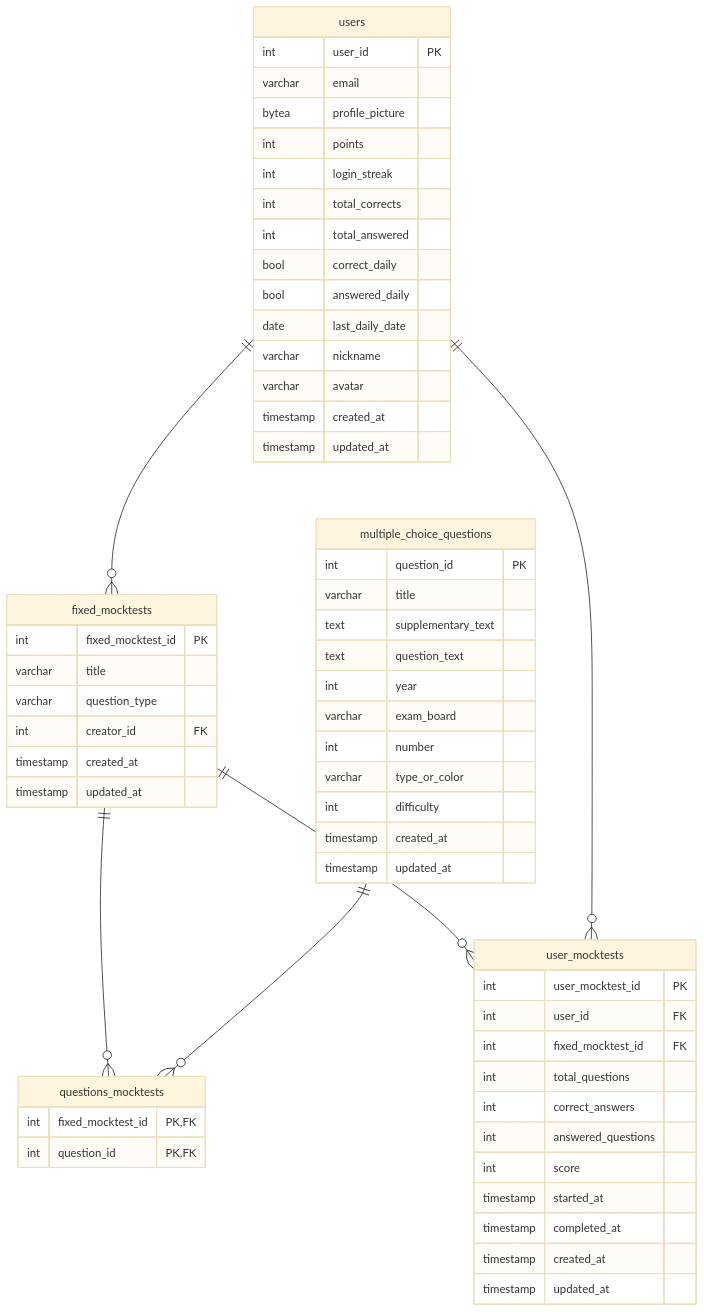
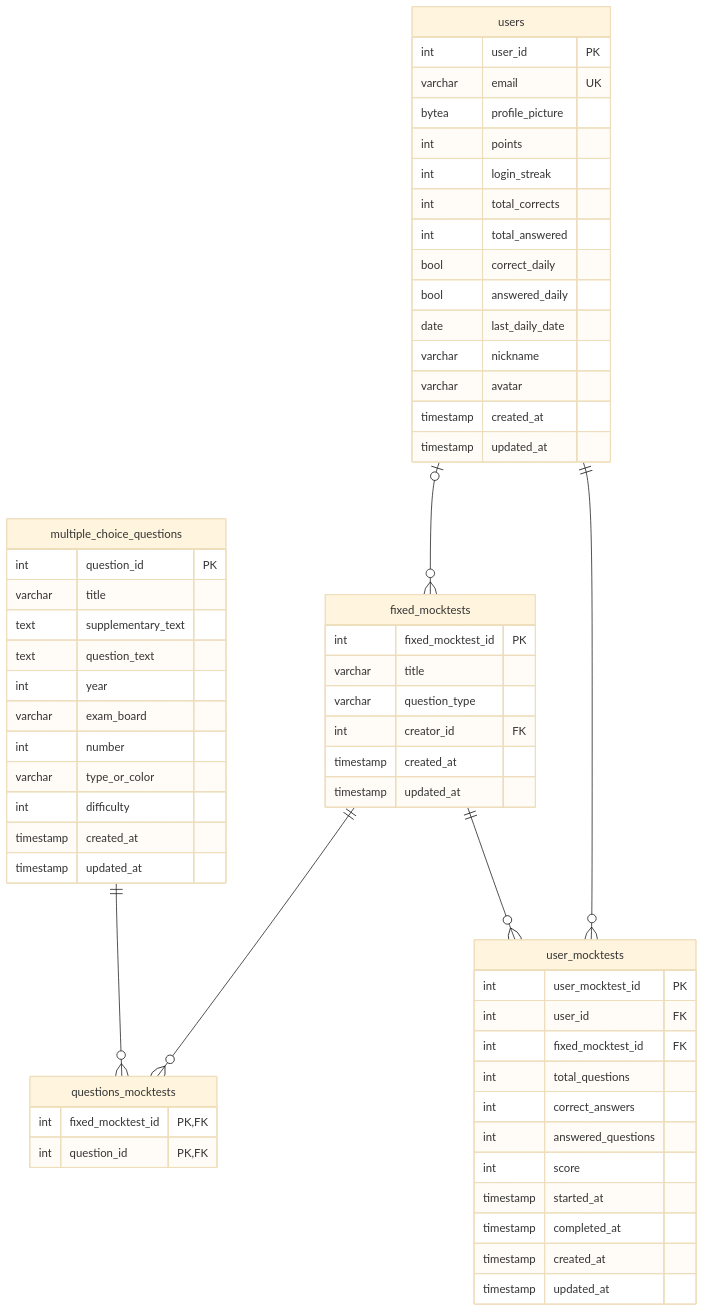
Before and after one commit to IthaloCavalcante/ifvest-docs: the fifth of 9 diagrams in docs/modelo-de-dados.md, drawn with Mermaid (base theme). The commit also changed other lines of this file and 17 other files, not shown here.

````diff
--- a/docs/modelo-de-dados.md
+++ b/docs/modelo-de-dados.md
@@ -165,62 +170,62 @@
 ```mermaid
 erDiagram
     fixed_mocktests {
         int fixed_mocktest_id PK
         varchar title
         varchar question_type
         int creator_id FK
         timestamp created_at
         timestamp updated_at
     }
     multiple_choice_questions {
         int question_id PK
         varchar title
         text supplementary_text
         text question_text
         int year
         varchar exam_board
         int number
         varchar type_or_color
         int difficulty
         timestamp created_at
         timestamp updated_at
     }
     questions_mocktests {
         int fixed_mocktest_id PK, FK
         int question_id PK, FK
     }
     user_mocktests {
         int user_mocktest_id PK
         int user_id FK
         int fixed_mocktest_id FK
         int total_questions
         int correct_answers
         int answered_questions
         int score
         timestamp started_at
         timestamp completed_at
         timestamp created_at
         timestamp updated_at
     }
     users {
         int user_id PK
-        varchar email
+        varchar email UK
         bytea profile_picture
         int points
         int login_streak
         int total_corrects
         int total_answered
         bool correct_daily
         bool answered_daily
         date last_daily_date
         varchar nickname
         varchar avatar
         timestamp created_at
         timestamp updated_at
     }
-    users ||--o{ fixed_mocktests : ""
+    users |o--o{ fixed_mocktests : ""
     fixed_mocktests ||--o{ questions_mocktests : ""
     multiple_choice_questions ||--o{ questions_mocktests : ""
+    users ||--o{ user_mocktests : ""
     fixed_mocktests ||--o{ user_mocktests : ""
-    users ||--o{ user_mocktests : ""
 ```
````
